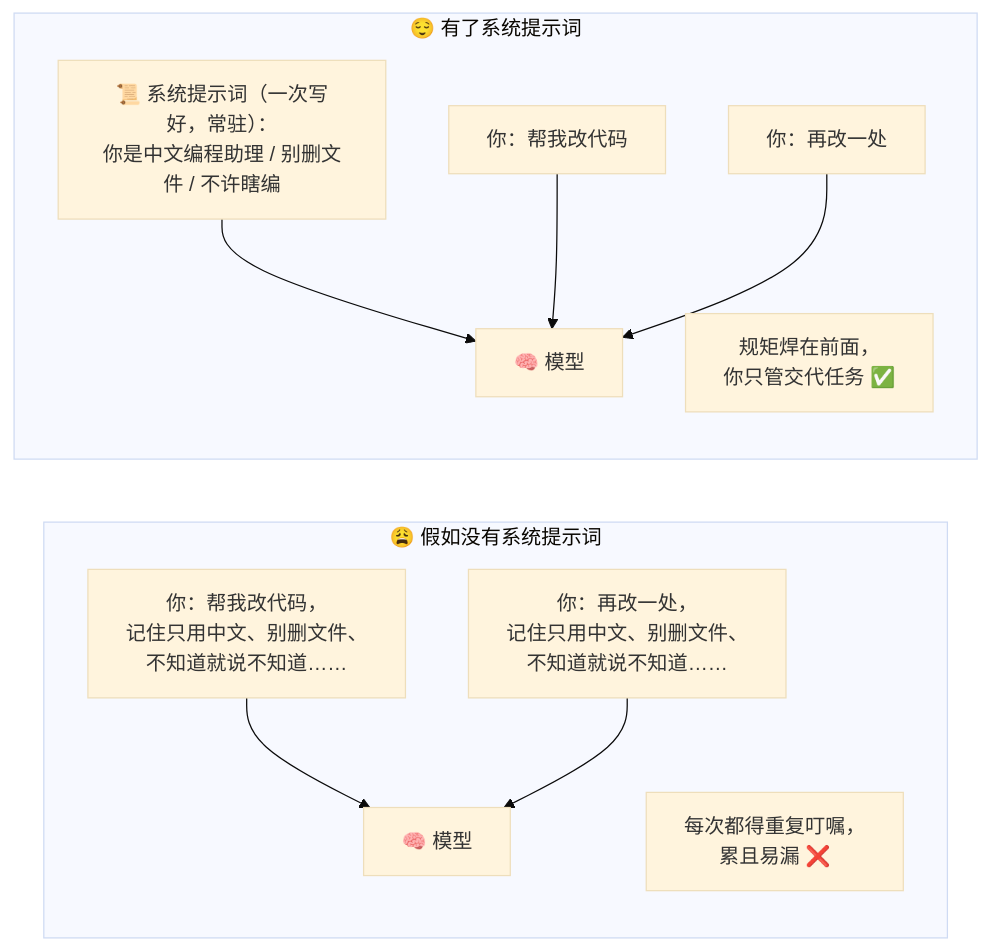
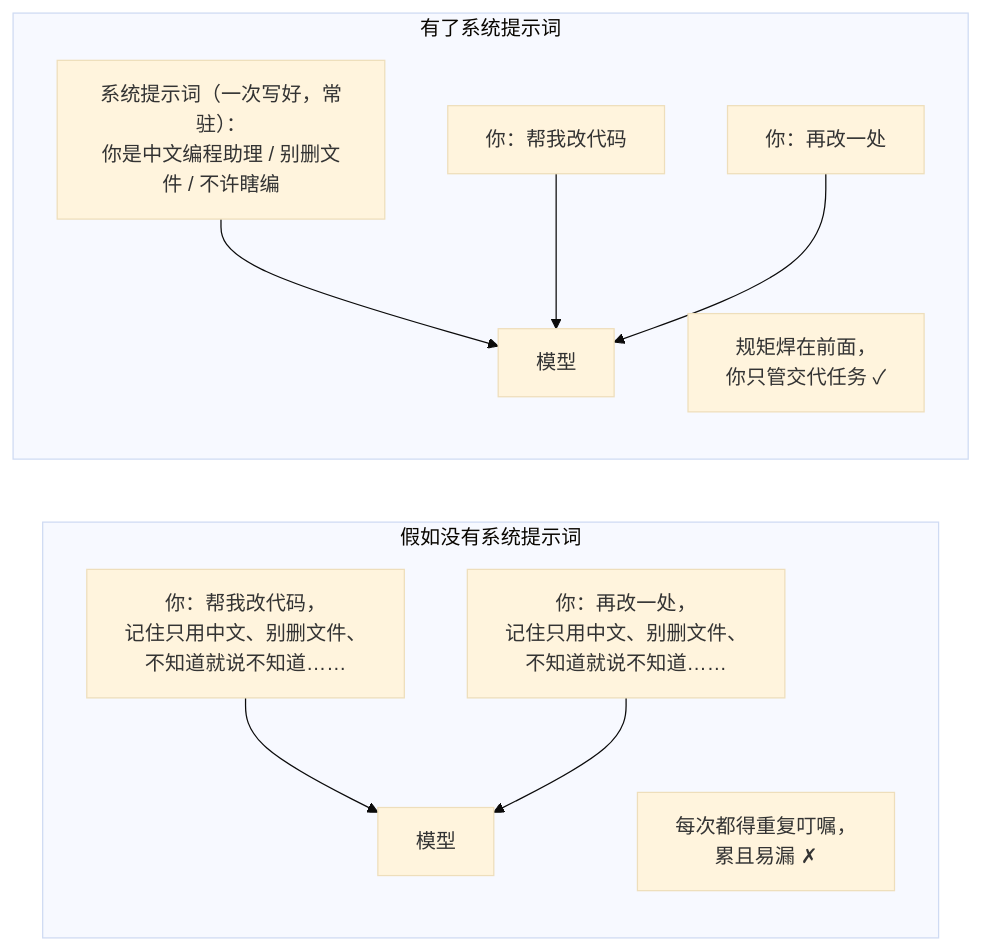
One commit to luckykhy/KhyAiHub changed the first of 6 diagrams in docs/02_CONCEPTS_概念入门/CONCEPT/[CONCEPT-18] 什么是系统提示词-SystemPrompt.md. Above: the diagram before and after it, drawn with Mermaid (base theme). The commit also changed other lines of this file and 19 other files, not shown here.

````diff
--- a/docs/02_CONCEPTS_概念入门/CONCEPT/[CONCEPT-18] 什么是系统提示词-SystemPrompt.md
+++ b/docs/02_CONCEPTS_概念入门/CONCEPT/[CONCEPT-18] 什么是系统提示词-SystemPrompt.md
@@ -40,14 +40,14 @@
 ```mermaid
 flowchart LR
-  subgraph 没有系统提示词["😩 假如没有系统提示词"]
-    U1["你：帮我改代码，<br/>记住只用中文、别删文件、<br/>不知道就说不知道……"] --> M1["🧠 模型"]
+  subgraph 没有系统提示词["假如没有系统提示词"]
+    U1["你：帮我改代码，<br/>记住只用中文、别删文件、<br/>不知道就说不知道……"] --> M1["模型"]
     U2["你：再改一处，<br/>记住只用中文、别删文件、<br/>不知道就说不知道……"] --> M1
-    NOTE1["每次都得重复叮嘱，<br/>累且易漏 ❌"]
+    NOTE1["每次都得重复叮嘱，<br/>累且易漏 ✗"]
   end
-  subgraph 有系统提示词["😌 有了系统提示词"]
-    SYS["📜 系统提示词（一次写好，常驻）：<br/>你是中文编程助理 / 别删文件 / 不许瞎编"] --> M2["🧠 模型"]
+  subgraph 有系统提示词["有了系统提示词"]
+    SYS["系统提示词（一次写好，常驻）：<br/>你是中文编程助理 / 别删文件 / 不许瞎编"] --> M2["模型"]
     U3["你：帮我改代码"] --> M2
     U4["你：再改一处"] --> M2
-    NOTE2["规矩焊在前面，<br/>你只管交代任务 ✅"]
+    NOTE2["规矩焊在前面，<br/>你只管交代任务 ✓"]
   end
 ```
````
